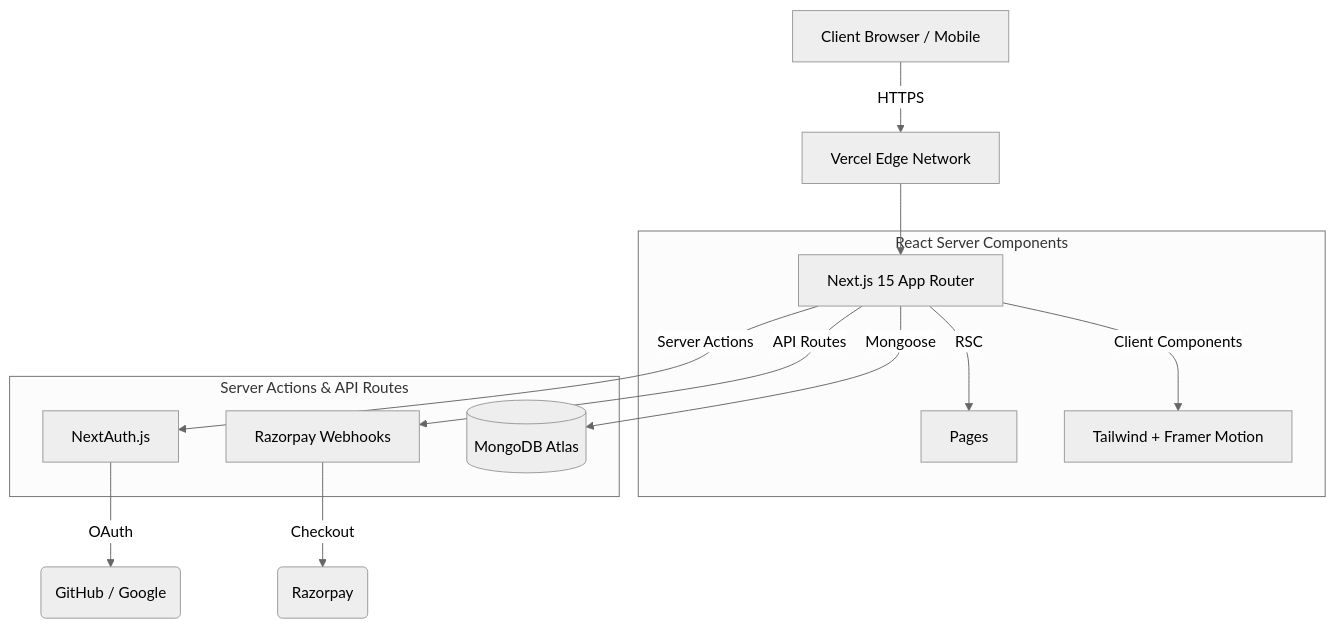
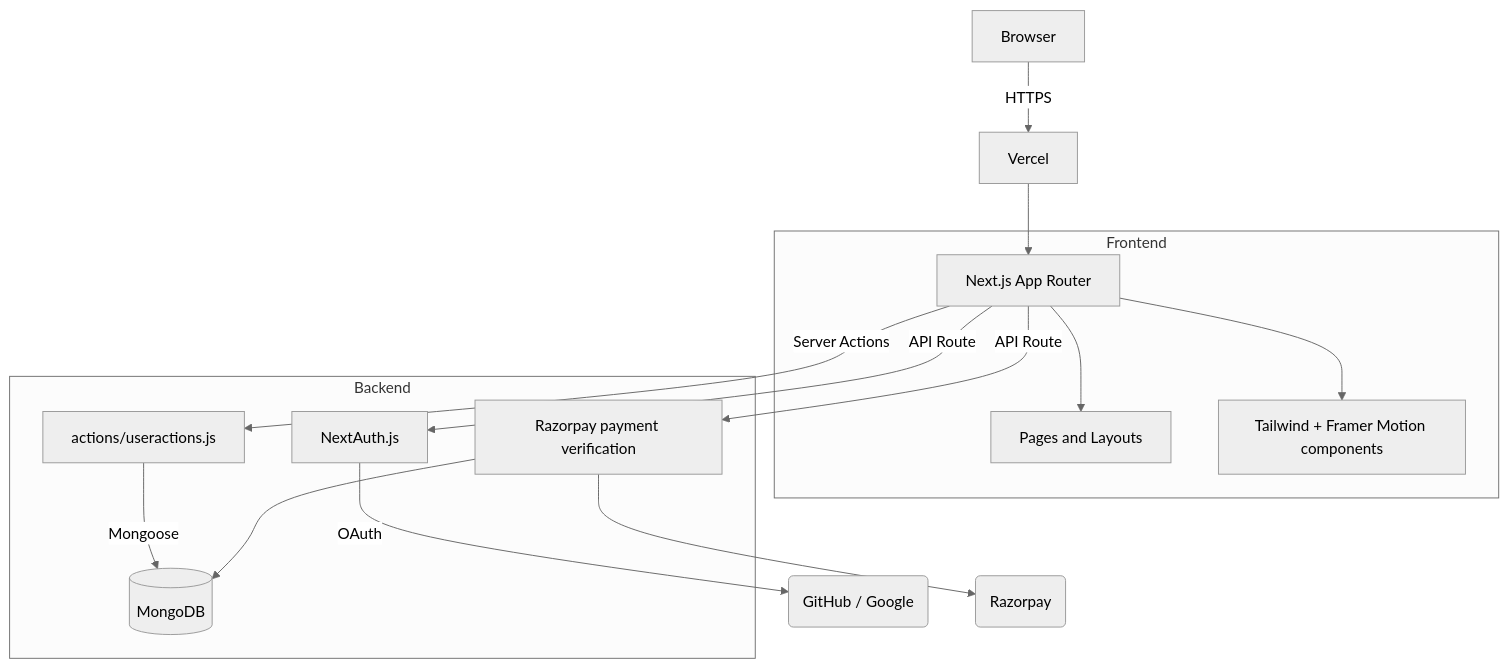
Before and after one commit to Divyanshu-2907/RaiseNest-CrowdFunding: the first of 2 diagrams in README.md, drawn with Mermaid (neutral theme). The commit also changed other lines of this file, not shown here.

````diff
--- a/README.md
+++ b/README.md
@@ -206,19 +163,21 @@
 ```mermaid
 graph TD
-    Client[Client Browser / Mobile] --> |HTTPS| CDN[Vercel Edge Network]
-    CDN --> NextJS[Next.js 15 App Router]
-    
-    subgraph Frontend [React Server Components]
-        NextJS --> |RSC| Pages
-        NextJS --> |Client Components| UI[Tailwind + Framer Motion]
+    Client[Browser] --> |HTTPS| Vercel[Vercel]
+    Vercel --> NextJS[Next.js App Router]
+
+    subgraph Frontend
+        NextJS --> Pages[Pages and Layouts]
+        NextJS --> UI[Tailwind + Framer Motion components]
     end
-    
-    subgraph Backend [Server Actions & API Routes]
-        NextJS --> |Server Actions| Auth[NextAuth.js]
-        NextJS --> |API Routes| Payments[Razorpay Webhooks]
-        NextJS --> |Mongoose| DB[(MongoDB Atlas)]
+
+    subgraph Backend
+        NextJS --> |Server Actions| Actions[actions/useractions.js]
+        NextJS --> |API Route| Auth[NextAuth.js]
+        NextJS --> |API Route| Verify[Razorpay payment verification]
+        Actions --> |Mongoose| DB[(MongoDB)]
+        Verify --> DB
     end
-    
+
     Auth --> |OAuth| Providers(GitHub / Google)
-    Payments --> |Checkout| RazorpayAPI(Razorpay)
+    Verify --> RazorpayAPI(Razorpay)
 ```
````
